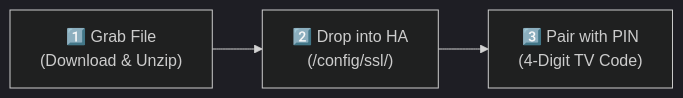
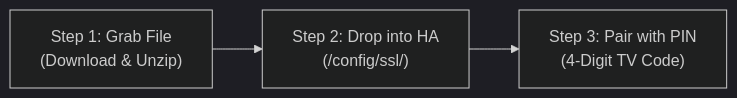
The diagram in docs/quick_start_beginners.md (stevene1919/hisense_vidaa), drawn with Mermaid (dark theme) before and after one commit.

Commit message:
docs: fix Mermaid diagram syntax in quick start guide

````diff
--- a/docs/quick_start_beginners.md
+++ b/docs/quick_start_beginners.md
@@ -25,4 +25,4 @@
 ```mermaid
 flowchart LR
-    Step1["1️⃣ Grab File<br/>(Download & Unzip)"] --> Step2["2️⃣ Drop into HA<br/>(/config/ssl/)"] --> Step3["3️⃣ Pair with PIN<br/>(4-Digit TV Code)"]
+    Step1["Step 1: Grab File<br/>(Download & Unzip)"] --> Step2["Step 2: Drop into HA<br/>(/config/ssl/)"] --> Step3["Step 3: Pair with PIN<br/>(4-Digit TV Code)"]
 ```
````
